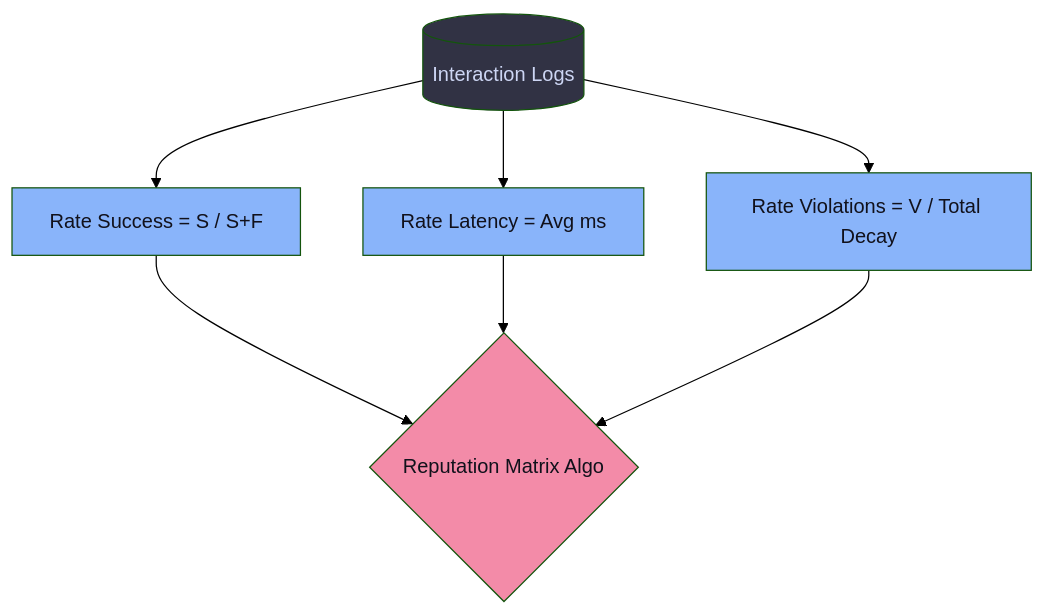
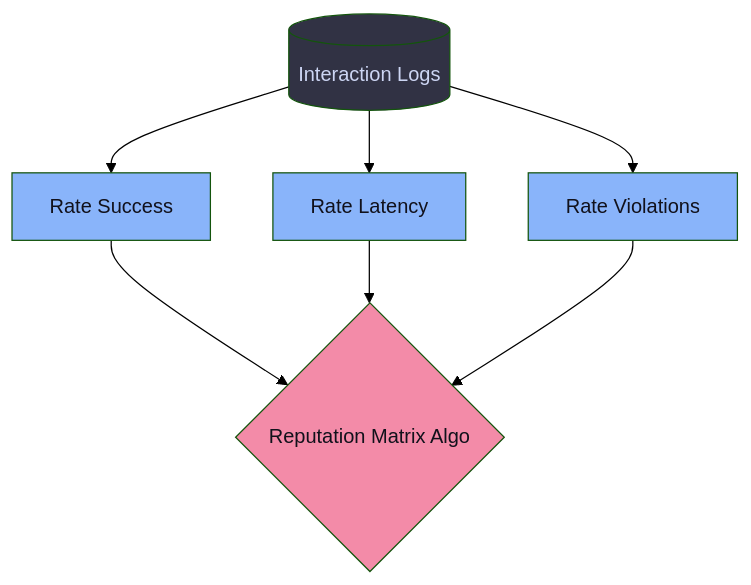
Diagram 16 of 30 in README.md (MrDecryptDecipher/Agent-Trust), drawn with Mermaid (forest theme) before and after one commit. The commit also changed other lines of this file, not shown here.

````diff
--- a/README.md
+++ b/README.md
@@ -329,14 +329,14 @@
 ```mermaid
-graph TD
-    classDef log fill:#313244,color:#cdd6f4;
-    classDef calc fill:#89b4fa,color:#11111b;
-    classDef out fill:#f38ba8,color:#11111b;
+flowchart TD
+    classDef log fill:#313244,color:#cdd6f4
+    classDef calc fill:#89b4fa,color:#11111b
+    classDef out fill:#f38ba8,color:#11111b
 
-    Events[("Interaction Logs")]:::log --> Succ["Rate Success = S / S+F"]:::calc
-    Events --> Lat["Rate Latency = Avg ms"]:::calc
-    Events --> Viol["Rate Violations = V / Total Decay"]:::calc
+    Events[("Interaction Logs")]:::log --> Succ["Rate Success"]:::calc
+    Events --> Lat["Rate Latency"]:::calc
+    Events --> Viol["Rate Violations"]:::calc
     
     Succ --> Rep{"Reputation Matrix Algo"}:::out
     Lat --> Rep
     Viol --> Rep
 ```
````
